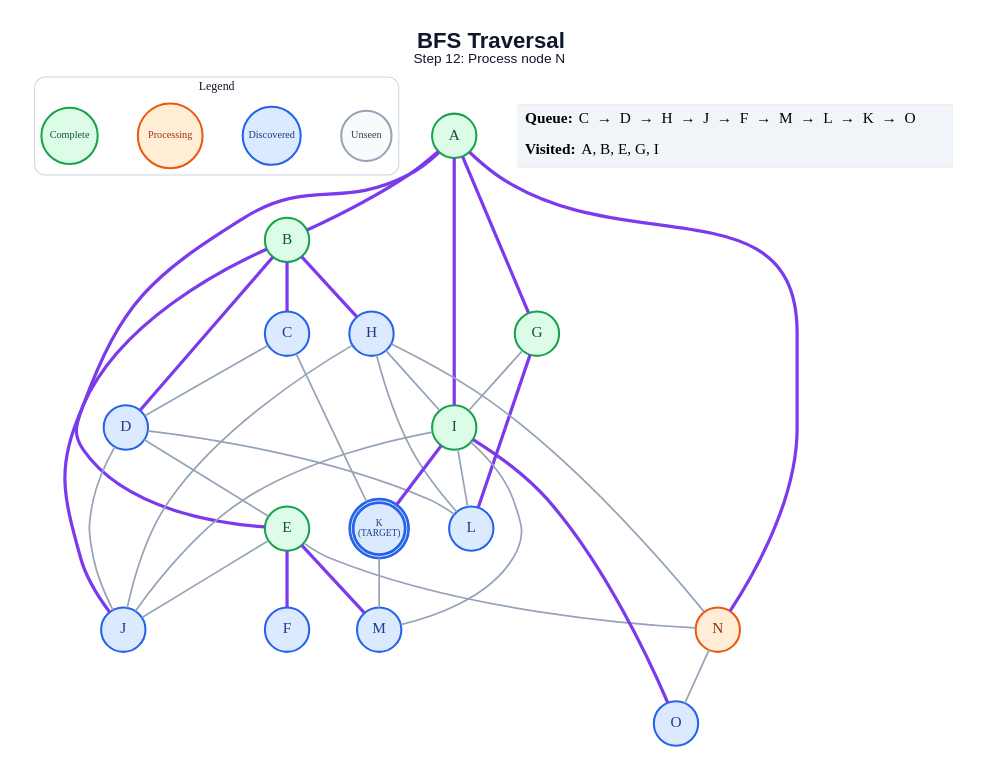
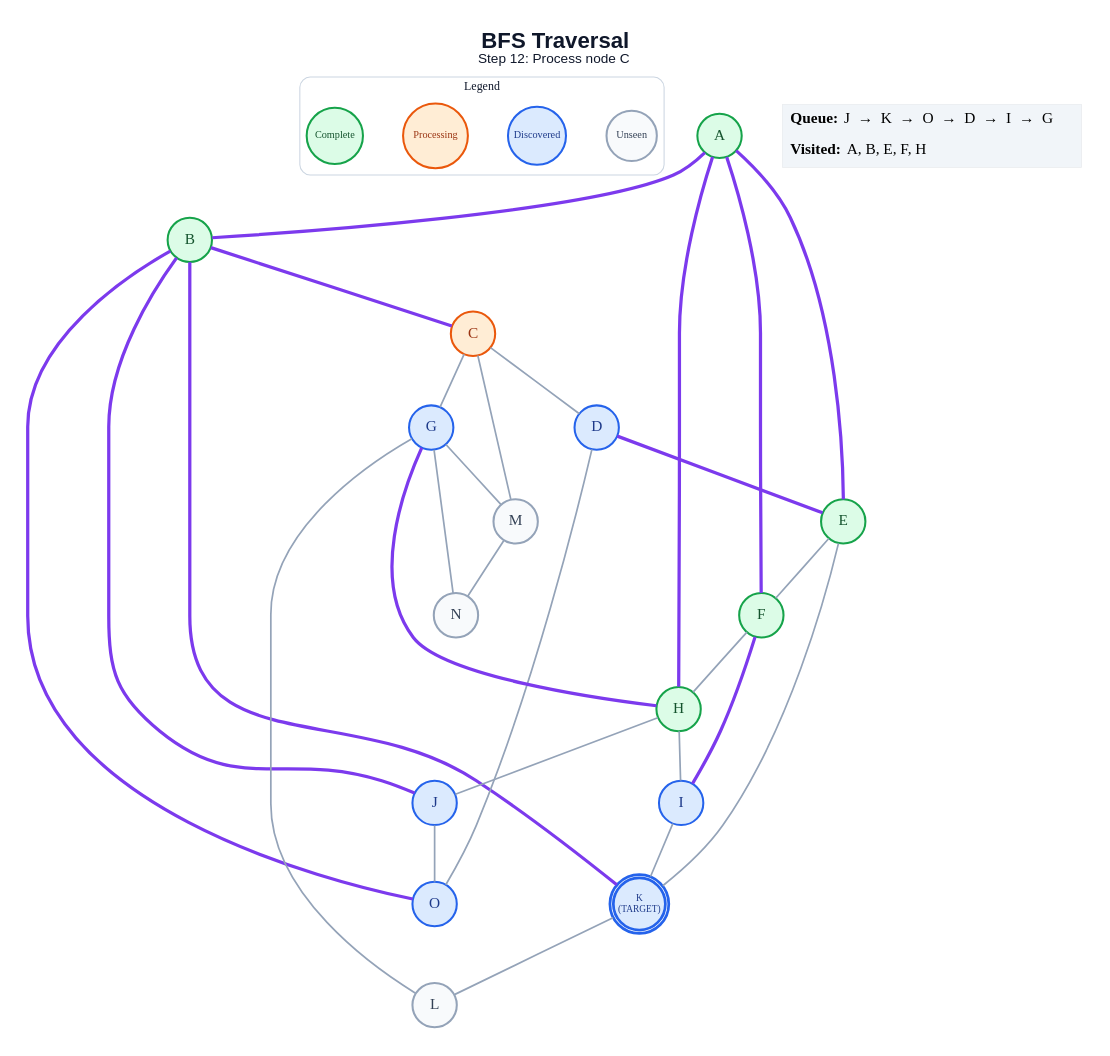
The diagram in generated/bfs/step_12.dot (anon7238593-create/ai-slop), drawn with Graphviz before and after one commit. The commit also changed 265 other files, not shown here.

```diff
--- a/generated/bfs/step_12.dot
+++ b/generated/bfs/step_12.dot
@@ -1,65 +1,61 @@
 graph traversal {
   graph [layout=dot, rankdir=TB, bgcolor="#FFFFFF", pad="0.35", nodesep="0.65", ranksep="0.8", fontname="Arial"];
   node [shape=circle, style="filled", fontname="Arial Bold", fontsize=18, width=0.72, fixedsize=true, penwidth=2.4];
   edge [color="#94A3B8", penwidth=2.0];
-  label=<<B>BFS Traversal</B><BR/><FONT POINT-SIZE="16">Step 12: Process node N</FONT>>; labelloc="t"; fontsize=26; fontname="Arial"; fontcolor="#0F172A";
+  label=<<B>BFS Traversal</B><BR/><FONT POINT-SIZE="16">Step 12: Process node C</FONT>>; labelloc="t"; fontsize=26; fontname="Arial"; fontcolor="#0F172A";
   subgraph cluster_legend { label="Legend"; color="#CBD5E1"; penwidth=1.2; style="rounded"; fontsize=14; fontname="Arial Bold";
     key_unseen [label="Unseen", fillcolor="#F8FAFC", color="#94A3B8", fontcolor="#334155", fontsize=12, width=0.82];
     key_frontier [label="Discovered", fillcolor="#DBEAFE", color="#2563EB", fontcolor="#1E3A8A", fontsize=12, width=0.95];
     key_current [label="Processing", fillcolor="#FFEDD5", color="#EA580C", fontcolor="#9A3412", fontsize=12, width=1.05];
     key_done [label="Complete", fillcolor="#DCFCE7", color="#16A34A", fontcolor="#14532D", fontsize=12, width=0.92];
     { rank=same; key_unseen; key_frontier; key_current; key_done; }
   }
   A [label="A", fillcolor="#DCFCE7", color="#16A34A", fontcolor="#14532D", peripheries=1, penwidth=2.4];
   B [label="B", fillcolor="#DCFCE7", color="#16A34A", fontcolor="#14532D", peripheries=1, penwidth=2.4];
-  C [label="C", fillcolor="#DBEAFE", color="#2563EB", fontcolor="#1E3A8A", peripheries=1, penwidth=2.4];
+  C [label="C", fillcolor="#FFEDD5", color="#EA580C", fontcolor="#9A3412", peripheries=1, penwidth=2.4];
   D [label="D", fillcolor="#DBEAFE", color="#2563EB", fontcolor="#1E3A8A", peripheries=1, penwidth=2.4];
   E [label="E", fillcolor="#DCFCE7", color="#16A34A", fontcolor="#14532D", peripheries=1, penwidth=2.4];
-  F [label="F", fillcolor="#DBEAFE", color="#2563EB", fontcolor="#1E3A8A", peripheries=1, penwidth=2.4];
-  G [label="G", fillcolor="#DCFCE7", color="#16A34A", fontcolor="#14532D", peripheries=1, penwidth=2.4];
-  H [label="H", fillcolor="#DBEAFE", color="#2563EB", fontcolor="#1E3A8A", peripheries=1, penwidth=2.4];
-  I [label="I", fillcolor="#DCFCE7", color="#16A34A", fontcolor="#14532D", peripheries=1, penwidth=2.4];
+  F [label="F", fillcolor="#DCFCE7", color="#16A34A", fontcolor="#14532D", peripheries=1, penwidth=2.4];
+  G [label="G", fillcolor="#DBEAFE", color="#2563EB", fontcolor="#1E3A8A", peripheries=1, penwidth=2.4];
+  H [label="H", fillcolor="#DCFCE7", color="#16A34A", fontcolor="#14532D", peripheries=1, penwidth=2.4];
+  I [label="I", fillcolor="#DBEAFE", color="#2563EB", fontcolor="#1E3A8A", peripheries=1, penwidth=2.4];
   J [label="J", fillcolor="#DBEAFE", color="#2563EB", fontcolor="#1E3A8A", peripheries=1, penwidth=2.4];
   K [label="K\n(TARGET)", fillcolor="#DBEAFE", color="#2563EB", fontcolor="#1E3A8A", peripheries=2, penwidth=3.2, fontsize=11, width=0.85, height=0.85];
-  L [label="L", fillcolor="#DBEAFE", color="#2563EB", fontcolor="#1E3A8A", peripheries=1, penwidth=2.4];
-  M [label="M", fillcolor="#DBEAFE", color="#2563EB", fontcolor="#1E3A8A", peripheries=1, penwidth=2.4];
-  N [label="N", fillcolor="#FFEDD5", color="#EA580C", fontcolor="#9A3412", peripheries=1, penwidth=2.4];
+  L [label="L", fillcolor="#F8FAFC", color="#94A3B8", fontcolor="#334155", peripheries=1, penwidth=2.4];
+  M [label="M", fillcolor="#F8FAFC", color="#94A3B8", fontcolor="#334155", peripheries=1, penwidth=2.4];
+  N [label="N", fillcolor="#F8FAFC", color="#94A3B8", fontcolor="#334155", peripheries=1, penwidth=2.4];
   O [label="O", fillcolor="#DBEAFE", color="#2563EB", fontcolor="#1E3A8A", peripheries=1, penwidth=2.4];
   A -- B [color="#7C3AED", penwidth=3.8];
   A -- E [color="#7C3AED", penwidth=3.8];
-  A -- G [color="#7C3AED", penwidth=3.8];
-  A -- I [color="#7C3AED", penwidth=3.8];
-  A -- N [color="#7C3AED", penwidth=3.8];
+  A -- F [color="#7C3AED", penwidth=3.8];
+  A -- H [color="#7C3AED", penwidth=3.8];
   B -- C [color="#7C3AED", penwidth=3.8];
-  B -- D [color="#7C3AED", penwidth=3.8];
-  B -- H [color="#7C3AED", penwidth=3.8];
   B -- J [color="#7C3AED", penwidth=3.8];
+  B -- K [color="#7C3AED", penwidth=3.8];
+  B -- O [color="#7C3AED", penwidth=3.8];
   C -- D;
-  C -- K;
-  D -- E;
-  D -- J;
-  D -- L;
-  E -- F [color="#7C3AED", penwidth=3.8];
-  E -- J;
-  E -- M [color="#7C3AED", penwidth=3.8];
-  E -- N;
-  G -- I;
-  G -- L [color="#7C3AED", penwidth=3.8];
+  C -- G;
+  C -- M;
+  D -- E [color="#7C3AED", penwidth=3.8];
+  D -- O;
+  E -- F;
+  E -- K;
+  F -- H;
+  F -- I [color="#7C3AED", penwidth=3.8];
+  G -- H [color="#7C3AED", penwidth=3.8];
+  G -- L;
+  G -- M;
+  G -- N;
   H -- I;
   H -- J;
-  H -- L;
-  H -- N;
-  I -- J;
-  I -- K [color="#7C3AED", penwidth=3.8];
-  I -- L;
-  I -- M;
-  I -- O [color="#7C3AED", penwidth=3.8];
-  K -- M;
-  N -- O;
+  I -- K;
+  J -- O;
+  K -- L;
+  M -- N;
   status [shape=plain, fixedsize=false, width=0, height=0, margin=0, label=<
     <TABLE BORDER="0" CELLBORDER="0" CELLPADDING="7" BGCOLOR="#F1F5F9">
-      <TR><TD ALIGN="LEFT"><B>Queue:</B> C  →  D  →  H  →  J  →  F  →  M  →  L  →  K  →  O</TD></TR>
-      <TR><TD ALIGN="LEFT"><B>Visited:</B> A, B, E, G, I</TD></TR>
+      <TR><TD ALIGN="LEFT"><B>Queue:</B> J  →  K  →  O  →  D  →  I  →  G</TD></TR>
+      <TR><TD ALIGN="LEFT"><B>Visited:</B> A, B, E, F, H</TD></TR>
     </TABLE>
   >];
 }
```
